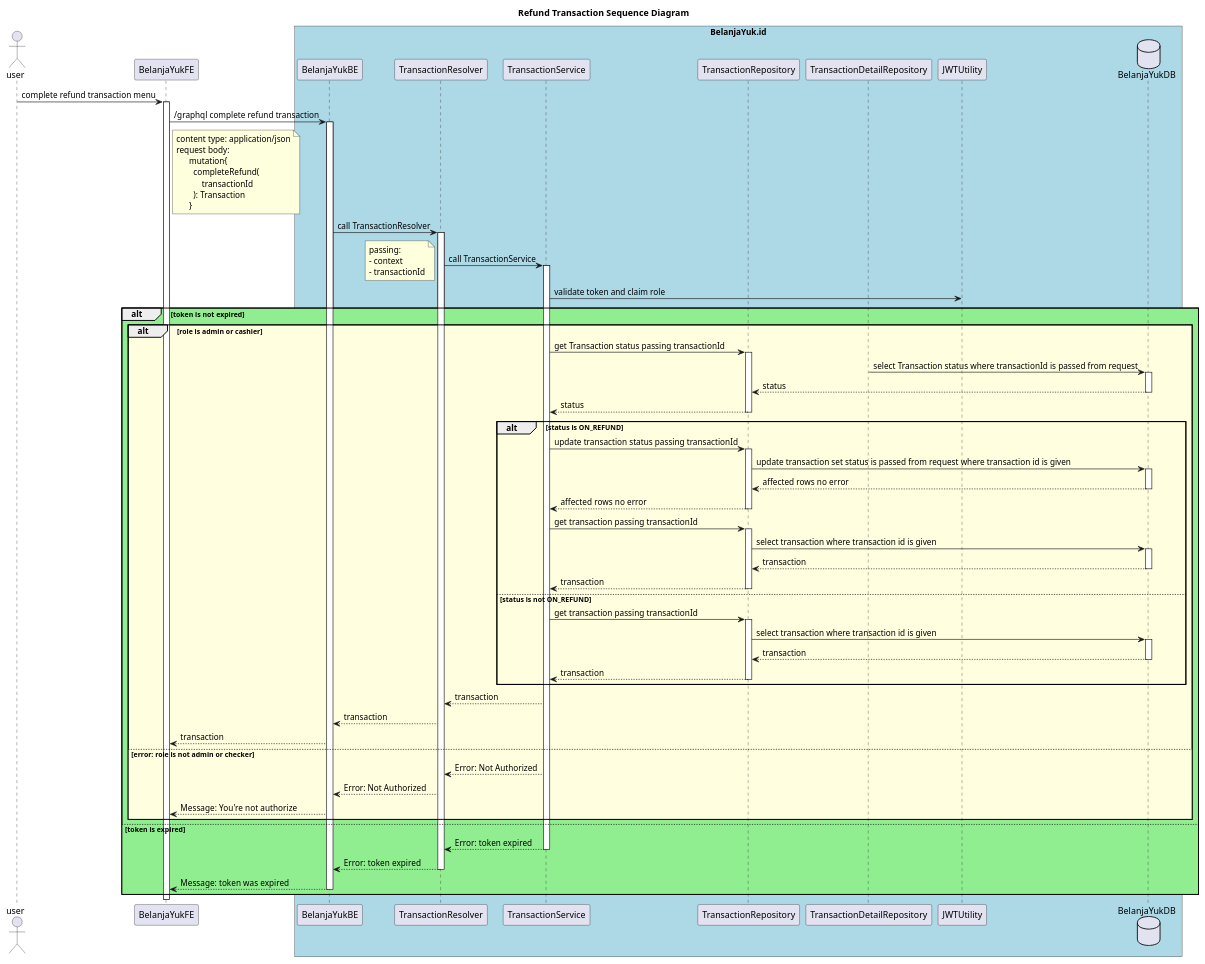
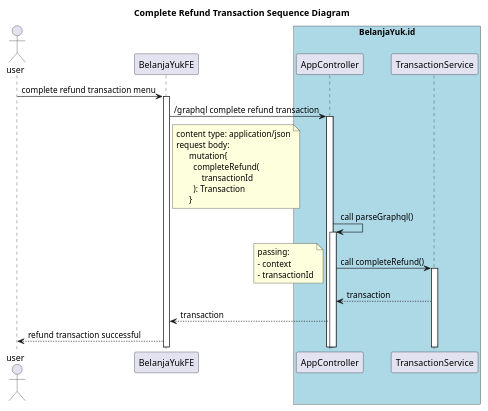
The diagram in SA/sequencediagram/transaction/simple/CompleteRefund.puml (dedeandress/belanjayukid-be-services), drawn with PlantUML before and after one commit. The commit also changed 14 other files, not shown here.

Commit message:
add diagram for SA

```diff
--- a/SA/sequencediagram/transaction/simple/CompleteRefund.puml
+++ b/SA/sequencediagram/transaction/simple/CompleteRefund.puml
@@ -1,69 +1,31 @@
 @startuml
-title: Refund Transaction Sequence Diagram
+title: Complete Refund Transaction Sequence Diagram
 actor user
 participant BelanjaYukFE
-database BelanjaYukDB
 box "BelanjaYuk.id" #LightBlue
-participant BelanjaYukBE
-participant TransactionResolver
+participant AppController
 participant TransactionService
-participant TransactionRepository
-participant TransactionDetailRepository
-participant JWTUtility
-participant BelanjaYukDB
 end box
 
 user -> BelanjaYukFE ++ : complete refund transaction menu
-BelanjaYukFE -> BelanjaYukBE ++ : /graphql complete refund transaction
+BelanjaYukFE -> AppController ++ : /graphql complete refund transaction
     note right of BelanjaYukFE
     content type: application/json
     request body:
           mutation{
             completeRefund(
                 transactionId
             ): Transaction
           }
     end note
-BelanjaYukBE -> TransactionResolver ++ : call TransactionResolver
-TransactionResolver -> TransactionService ++ : call TransactionService
+AppController -> AppController ++ : call parseGraphql()
+AppController -> TransactionService ++ : call completeRefund()
     note left
     passing:
     - context
     - transactionId
     end note
-TransactionService -> JWTUtility: validate token and claim role
-alt #LightGreen token is not expired
-    alt #LightYellow role is admin or cashier
-        TransactionService -> TransactionRepository ++ : get Transaction status passing transactionId
-        TransactionDetailRepository -> BelanjaYukDB ++ : select Transaction status where transactionId is passed from request
-        BelanjaYukDB --> TransactionRepository -- : status
-        TransactionRepository --> TransactionService -- : status
-        alt status is ON_REFUND
-            TransactionService -> TransactionRepository ++ : update transaction status passing transactionId
-            TransactionRepository -> BelanjaYukDB ++ : update transaction set status is passed from request where transaction id is given
-            BelanjaYukDB --> TransactionRepository -- : affected rows no error
-            TransactionRepository --> TransactionService -- : affected rows no error
-            TransactionService -> TransactionRepository ++ : get transaction passing transactionId
-            TransactionRepository -> BelanjaYukDB ++ : select transaction where transaction id is given
-            BelanjaYukDB --> TransactionRepository -- : transaction
-            TransactionRepository --> TransactionService -- : transaction
-            else status is not ON_REFUND
-            TransactionService -> TransactionRepository ++ : get transaction passing transactionId
-            TransactionRepository -> BelanjaYukDB ++ : select transaction where transaction id is given
-            BelanjaYukDB --> TransactionRepository -- : transaction
-            TransactionRepository --> TransactionService -- : transaction
-        end alt
-        TransactionService --> TransactionResolver : transaction
-        TransactionResolver --> BelanjaYukBE : transaction
-        BelanjaYukBE --> BelanjaYukFE : transaction
-        else error: role is not admin or checker
-        TransactionService --> TransactionResolver : Error: Not Authorized
-        TransactionResolver --> BelanjaYukBE : Error: Not Authorized
-        BelanjaYukBE --> BelanjaYukFE: Message: You're not authorize
-    end alt
-    else token is expired
-    TransactionService --> TransactionResolver -- : Error: token expired
-    TransactionResolver --> BelanjaYukBE -- : Error: token expired
-    BelanjaYukBE --> BelanjaYukFE -- : Message: token was expired
-end alt
+TransactionService --> AppController : transaction
+AppController --> BelanjaYukFE : transaction
+BelanjaYukFE --> user : refund transaction successful
 @enduml
```
